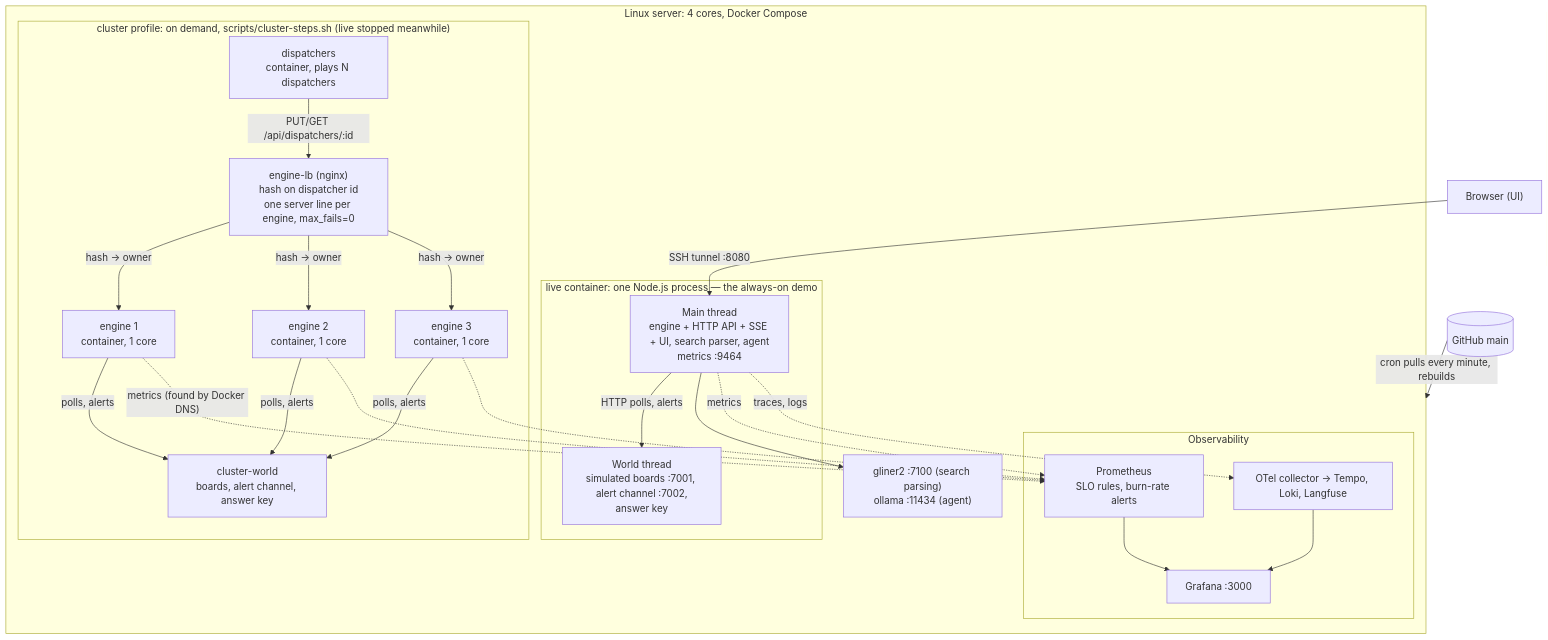
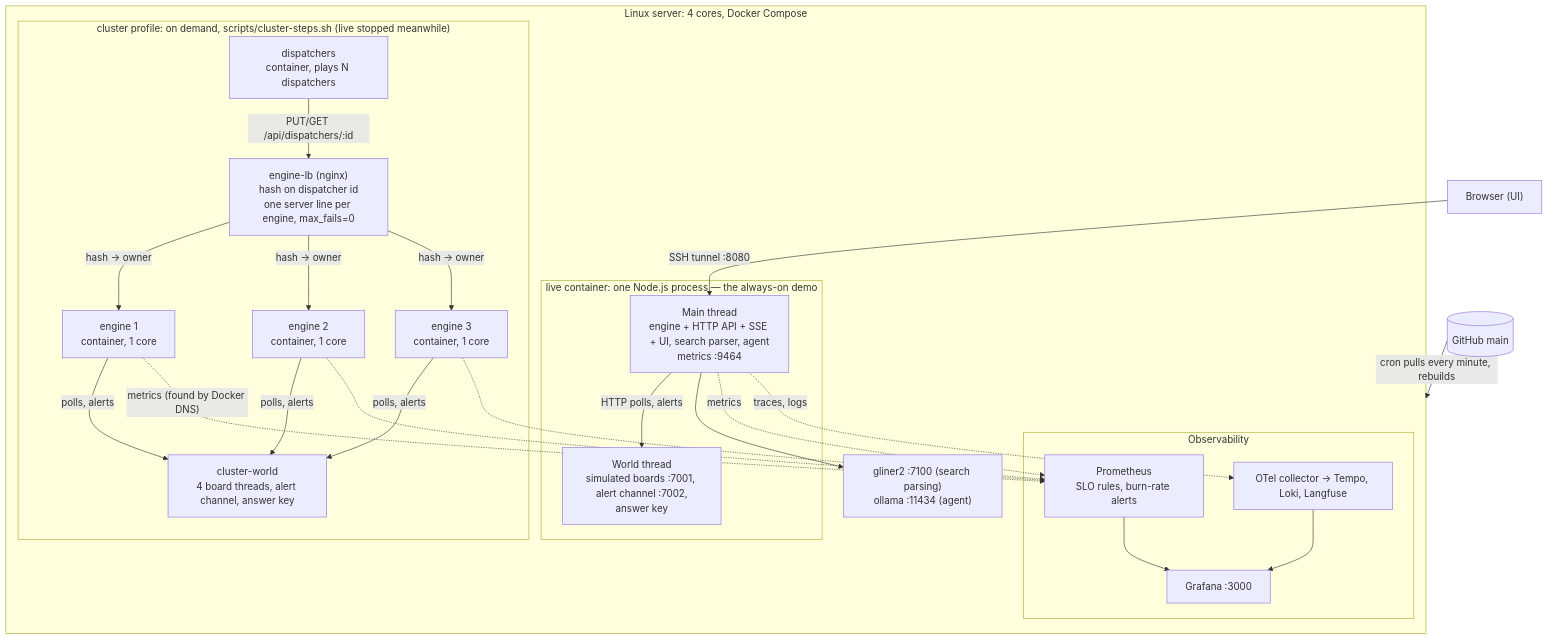
One commit to omardmv/load-radar changed the second of 2 diagrams in DESIGN.md. Above: the diagram before and after it, drawn with Mermaid. The commit also changed other lines of this file and 4 other files, not shown here.

Commit message:
docs: the cluster's maximum on the 4-core server: ~15,000 board requests/s within the SLO (4 engines), ~18,000 at the edge

````diff
--- a/DESIGN.md
+++ b/DESIGN.md
@@ -82,36 +82,36 @@
 ```mermaid
 flowchart TB
   BROWSER["Browser (UI)"] -->|SSH tunnel :8080| MAIN
   GH[(GitHub main)] -->|cron pulls every minute, rebuilds| SERVER
 
   subgraph SERVER["Linux server: 4 cores, Docker Compose"]
     subgraph LIVE["live container: one Node.js process — the always-on demo"]
       MAIN["Main thread<br/>engine + HTTP API + SSE + UI, search parser, agent<br/>metrics :9464"]
       WORLD["World thread<br/>simulated boards :7001, alert channel :7002,<br/>answer key"]
       MAIN -->|HTTP polls, alerts| WORLD
     end
     subgraph CLUSTER["cluster profile: on demand, scripts/cluster-steps.sh (live stopped meanwhile)"]
       DISP["dispatchers<br/>container, plays N dispatchers"] -->|"PUT/GET /api/dispatchers/:id"| LB["engine-lb (nginx)<br/>hash on dispatcher id<br/>one server line per engine, max_fails=0"]
       LB -->|"hash → owner"| E1["engine 1<br/>container, 1 core"]
       LB -->|"hash → owner"| E2["engine 2<br/>container, 1 core"]
       LB -->|"hash → owner"| E3["engine 3<br/>container, 1 core"]
-      E1 -->|polls, alerts| CWORLD["cluster-world<br/>boards, alert channel, answer key"]
+      E1 -->|polls, alerts| CWORLD["cluster-world<br/>4 board threads, alert channel, answer key"]
       E2 -->|polls, alerts| CWORLD
       E3 -->|polls, alerts| CWORLD
     end
     MODELS["gliner2 :7100 (search parsing)<br/>ollama :11434 (agent)"]
     subgraph OBS["Observability"]
       PROM["Prometheus<br/>SLO rules, burn-rate alerts"]
       OTEL["OTel collector → Tempo, Loki, Langfuse"]
       GRAF["Grafana :3000"]
     end
     MAIN --> MODELS
     MAIN -. metrics .-> PROM
     E1 -. "metrics (found by Docker DNS)" .-> PROM
     E2 -.-> PROM
     E3 -.-> PROM
     MAIN -. traces, logs .-> OTEL
     PROM --> GRAF
     OTEL --> GRAF
   end
 ```
````
